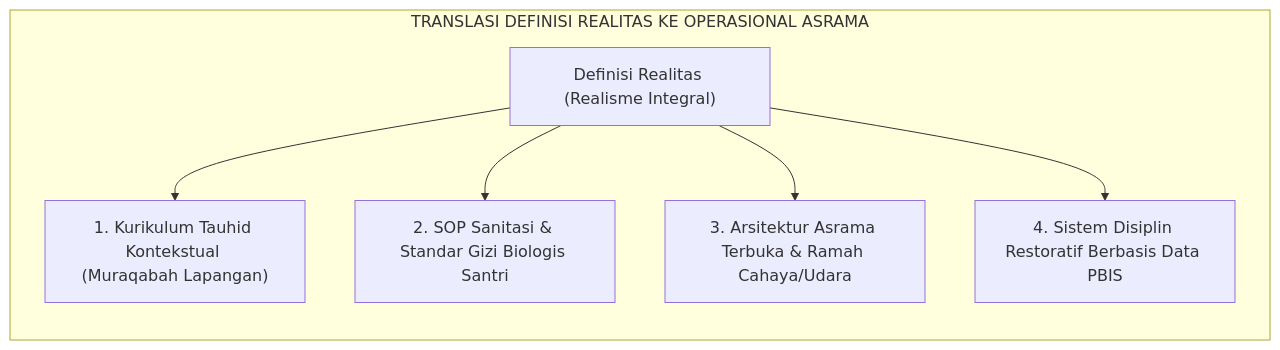
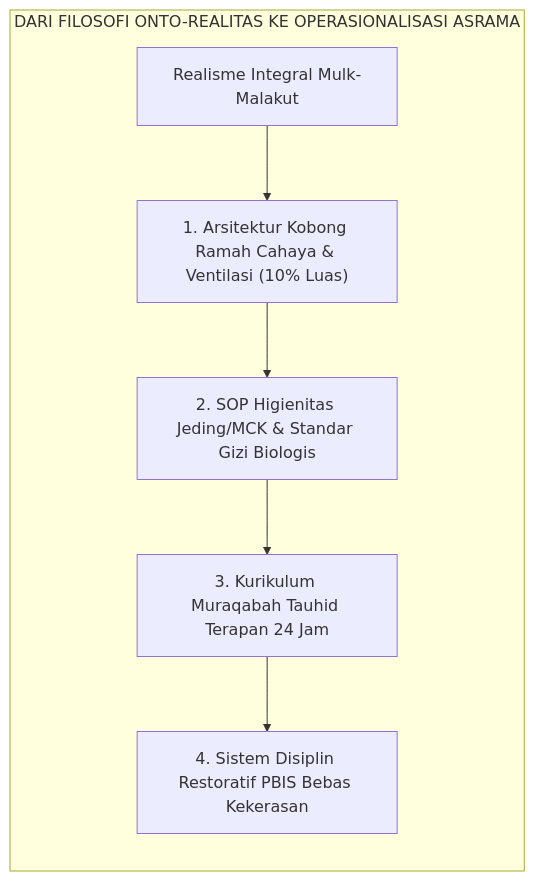
One commit to wandiapriliyandi/tumbuh changed the seventh of 7 diagrams in 01 Philosophy/01 Worldview/P1-01-01-01-Kajian-Dialektika-Inkuiri-dan-Tanya-Jawab-Realitas.md. Above: the diagram before and after it, drawn with Mermaid. The commit also changed other lines of this file, not shown here.

````diff
--- a/01 Philosophy/01 Worldview/P1-01-01-01-Kajian-Dialektika-Inkuiri-dan-Tanya-Jawab-Realitas.md
+++ b/01 Philosophy/01 Worldview/P1-01-01-01-Kajian-Dialektika-Inkuiri-dan-Tanya-Jawab-Realitas.md
@@ -189,11 +226,10 @@
 ```mermaid
 flowchart LR
-    subgraph DariOntologiKeAksi["TRANSLASI DEFINISI REALITAS KE OPERASIONAL ASRAMA"]
-        Onto["Definisi Realitas (Realisme Integral)"]
-        
-        Onto --> K1["1. Kurikulum Tauhid Kontekstual (Muraqabah Lapangan)"]
-        Onto --> K2["2. SOP Sanitasi & Standar Gizi Biologis Santri"]
-        Onto --> K3["3. Arsitektur Asrama Terbuka & Ramah Cahaya/Udara"]
-        Onto --> K4["4. Sistem Disiplin Restoratif Berbasis Data PBIS"]
+    subgraph TranslasiKeAksi["DARI FILOSOFI ONTO-REALITAS KE OPERASIONALISASI ASRAMA"]
+        Filosofi["Realisme Integral Mulk-Malakut"]
+        --> K1["1. Arsitektur Kobong Ramah Cahaya & Ventilasi (10% Luas)"]
+        --> K2["2. SOP Higienitas Jeding/MCK & Standar Gizi Biologis"]
+        --> K3["3. Kurikulum Muraqabah Tauhid Terapan 24 Jam"]
+        --> K4["4. Sistem Disiplin Restoratif PBIS Bebas Kekerasan"]
     end
 ```
````
